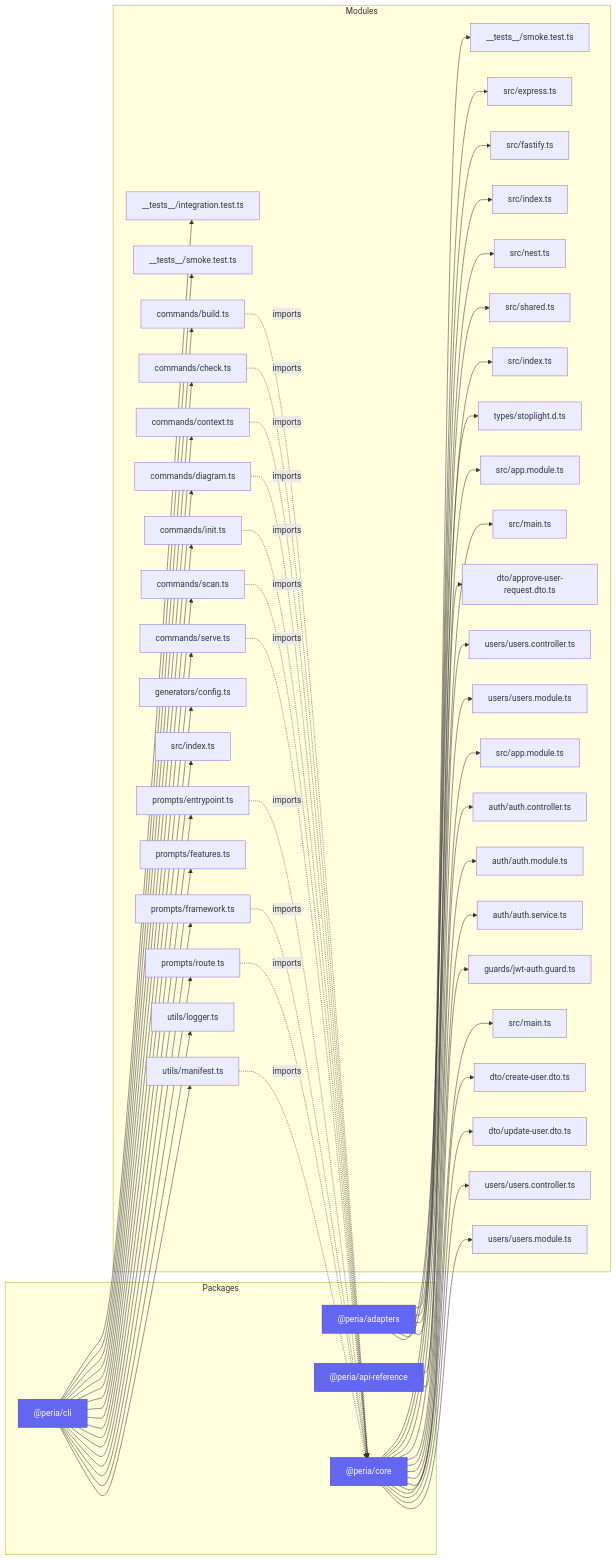
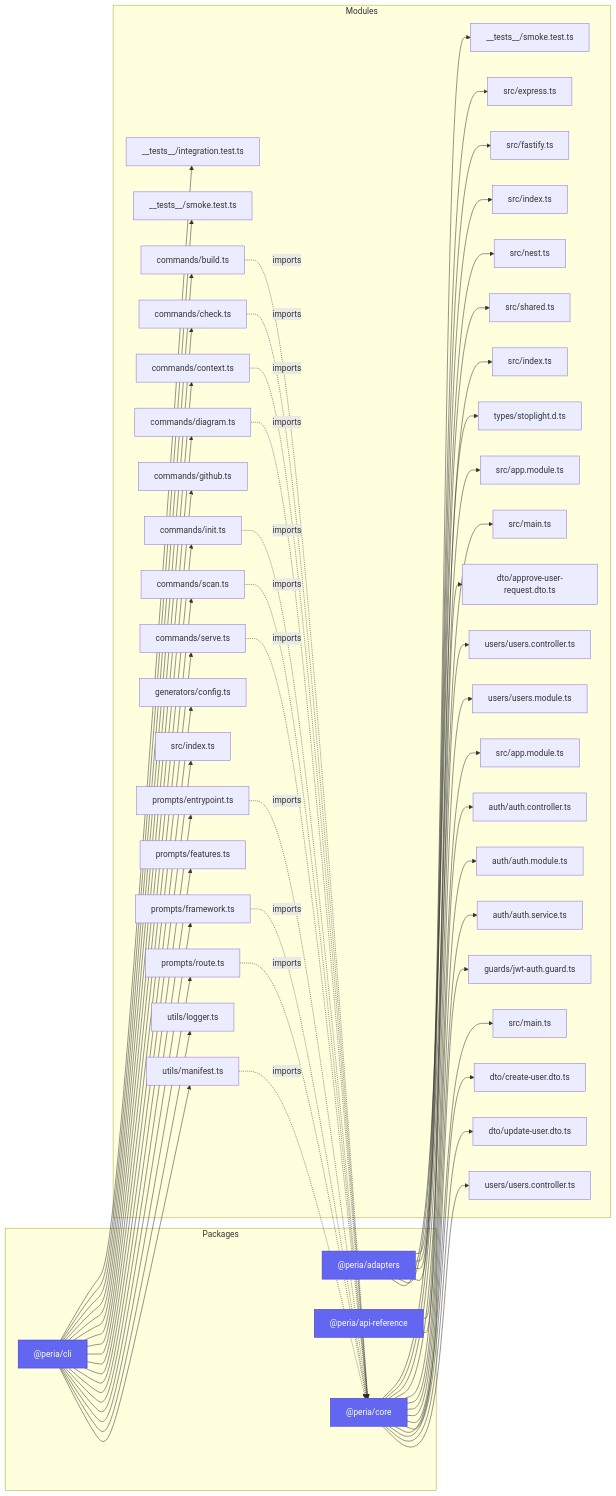
Before and after one commit to gabrigabs/peria: the sixth of 6 diagrams in docs/content/docs/diagrams.mdx, drawn with Mermaid. The commit also changed other lines of this file and 27 other files, not shown here.

```diff
--- a/docs/content/docs/diagrams.mdx
+++ b/docs/content/docs/diagrams.mdx
@@ -218,6 +218,8 @@
         pkg__peria_cli --> mod_packages_cli_src_commands_context_ts
         mod_packages_cli_src_commands_diagram_ts["commands/diagram.ts"]
         pkg__peria_cli --> mod_packages_cli_src_commands_diagram_ts
+        mod_packages_cli_src_commands_github_ts["commands/github.ts"]
+        pkg__peria_cli --> mod_packages_cli_src_commands_github_ts
         mod_packages_cli_src_commands_init_ts["commands/init.ts"]
         pkg__peria_cli --> mod_packages_cli_src_commands_init_ts
         mod_packages_cli_src_commands_scan_ts["commands/scan.ts"]
@@ -268,8 +270,6 @@
         pkg__peria_core --> mod_packages_core_fixtures_nestjs_basic_src_users_dto_update_user_dto_ts
         mod_packages_core_fixtures_nestjs_basic_src_users_users_controller_ts["users/users.controller.ts"]
         pkg__peria_core --> mod_packages_core_fixtures_nestjs_basic_src_users_users_controller_ts
-        mod_packages_core_fixtures_nestjs_basic_src_users_users_module_ts["users/users.module.ts"]
-        pkg__peria_core --> mod_packages_core_fixtures_nestjs_basic_src_users_users_module_ts
     end
     mod_packages_cli_src_commands_build_ts -. imports .-> pkg__peria_core
     mod_packages_cli_src_commands_check_ts -. imports .-> pkg__peria_core
```
